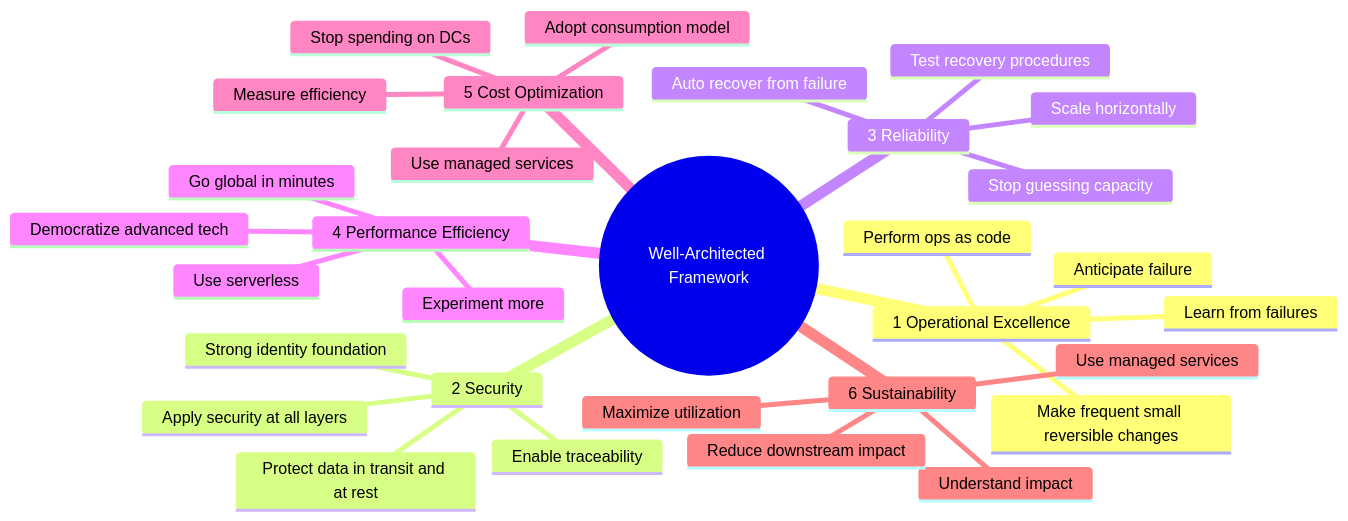
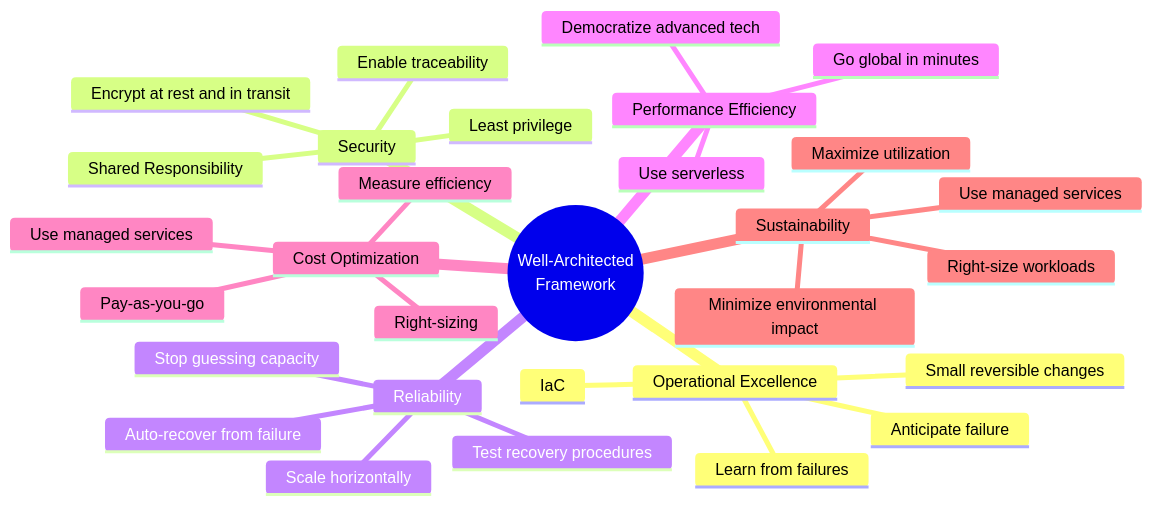
Before and after one commit to muhammad-khaled-tech/My-Study-Notes: diagram 17 of 20 in Aws practitioner/aws_domain1_cloud_concepts.md, drawn with Mermaid. The commit also changed other lines of this file and 3 other files, not shown here.

````diff
--- a/Aws practitioner/aws_domain1_cloud_concepts.md
+++ b/Aws practitioner/aws_domain1_cloud_concepts.md
@@ -880,34 +885,33 @@
 ```mermaid
 mindmap
-  root((Well-Architected Framework))
-    1 Operational Excellence
-      Perform ops as code
-      Make frequent small reversible changes
+  root((Well-Architected<br/>Framework))
+    Operational Excellence
+      IaC
+      Small reversible changes
       Anticipate failure
       Learn from failures
-    2 Security
-      Strong identity foundation
+    Security
+      Least privilege
       Enable traceability
-      Apply security at all layers
-      Protect data in transit and at rest
-    3 Reliability
+      Encrypt at rest and in transit
+      Shared Responsibility
+    Reliability
       Test recovery procedures
-      Auto recover from failure
+      Auto-recover from failure
       Scale horizontally
       Stop guessing capacity
-    4 Performance Efficiency
-      Democratize advanced tech
+    Performance Efficiency
       Go global in minutes
       Use serverless
-      Experiment more
-    5 Cost Optimization
-      Adopt consumption model
+      Democratize advanced tech
+    Cost Optimization
+      Pay-as-you-go
       Measure efficiency
-      Stop spending on DCs
       Use managed services
-    6 Sustainability
-      Understand impact
+      Right-sizing
+    Sustainability
+      Minimize environmental impact
       Maximize utilization
       Use managed services
-      Reduce downstream impact
+      Right-size workloads
 ```
````
